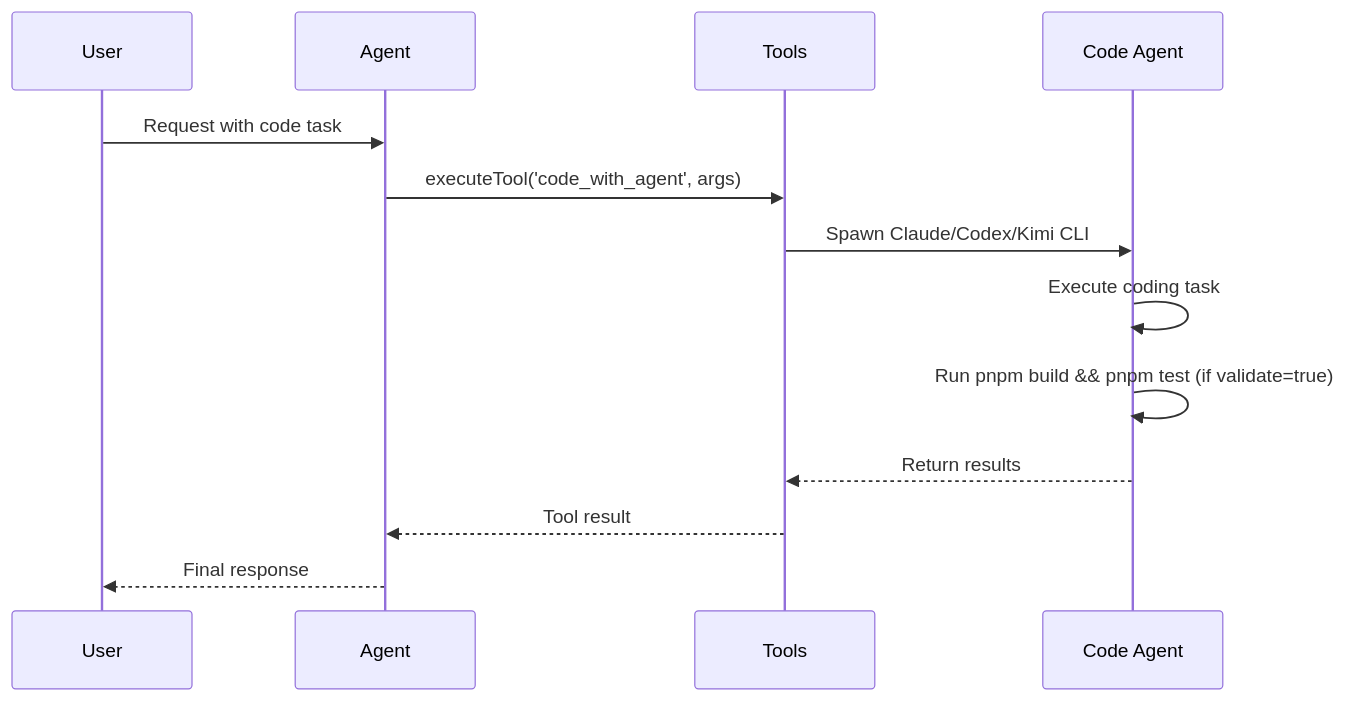
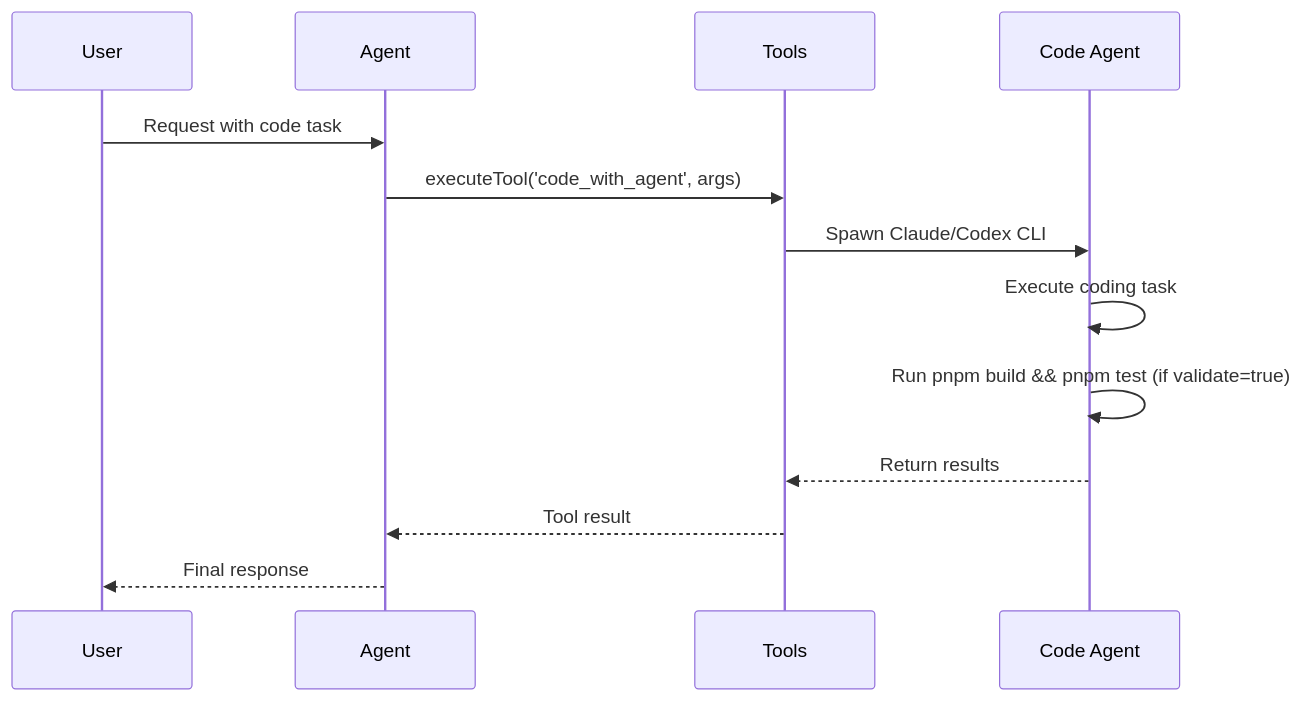
The fifth of 6 diagrams in docs/guide/architecture.md (kat3samsin/skimpyclaw), drawn with Mermaid before and after one commit. The commit also changed other lines of this file and 60 other files, not shown here.

````diff
--- a/docs/guide/architecture.md
+++ b/docs/guide/architecture.md
@@ -297,16 +296,16 @@
 ```mermaid
 sequenceDiagram
   participant U as User
   participant A as Agent
   participant T as Tools
   participant C as Code Agent
   
   U->>A: Request with code task
   A->>T: executeTool('code_with_agent', args)
-  T->>C: Spawn Claude/Codex/Kimi CLI
+  T->>C: Spawn Claude/Codex CLI
   C->>C: Execute coding task
   C->>C: Run pnpm build && pnpm test (if validate=true)
   C-->>T: Return results
   T-->>A: Tool result
   A-->>U: Final response
 ```
````
